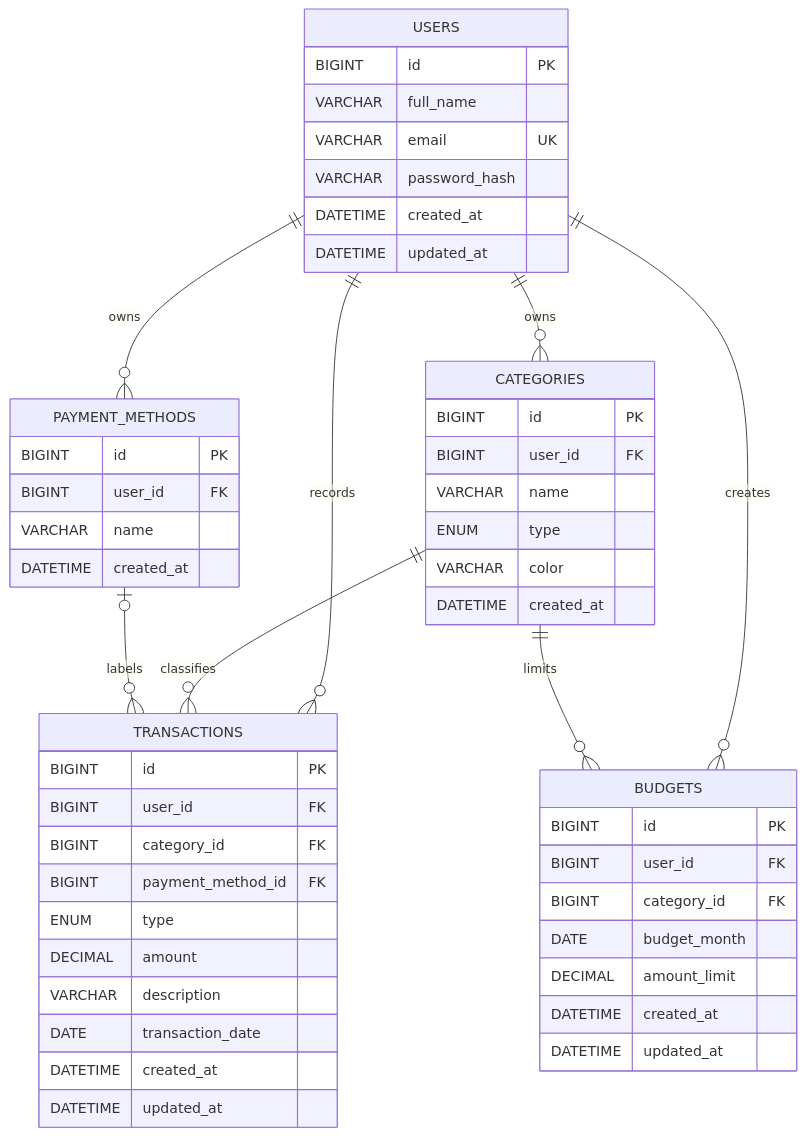
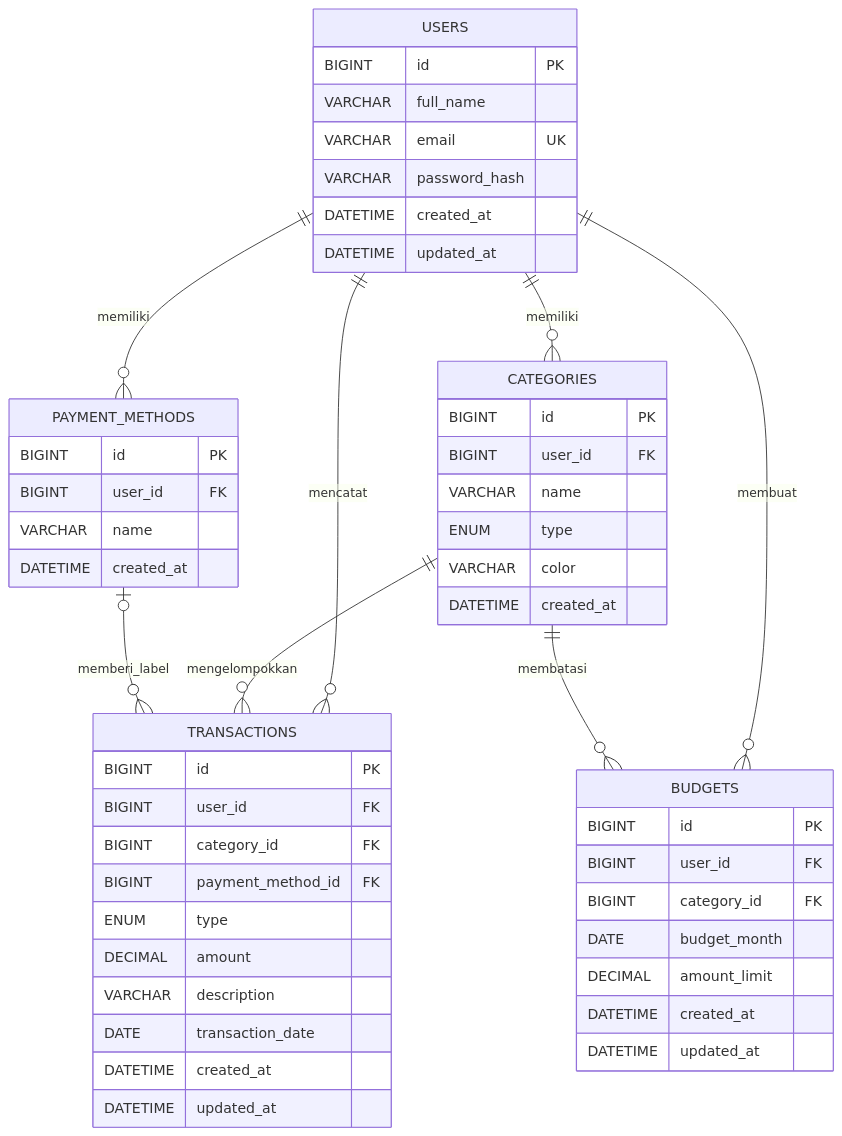
One commit to mayangzahratusita08/spendly changed the second of 2 diagrams in docs/TECHNICAL_DOCUMENTATION.md. Above: the diagram before and after it, drawn with Mermaid. The commit also changed other lines of this file and 1 other file, not shown here.

````diff
--- a/docs/TECHNICAL_DOCUMENTATION.md
+++ b/docs/TECHNICAL_DOCUMENTATION.md
@@ -248,54 +248,54 @@
 ```mermaid
 erDiagram
-    USERS ||--o{ CATEGORIES : owns
-    USERS ||--o{ PAYMENT_METHODS : owns
-    USERS ||--o{ TRANSACTIONS : records
-    USERS ||--o{ BUDGETS : creates
-    CATEGORIES ||--o{ TRANSACTIONS : classifies
-    CATEGORIES ||--o{ BUDGETS : limits
-    PAYMENT_METHODS o|--o{ TRANSACTIONS : labels
+    USERS ||--o{ CATEGORIES : memiliki
+    USERS ||--o{ PAYMENT_METHODS : memiliki
+    USERS ||--o{ TRANSACTIONS : mencatat
+    USERS ||--o{ BUDGETS : membuat
+    CATEGORIES ||--o{ TRANSACTIONS : mengelompokkan
+    CATEGORIES ||--o{ BUDGETS : membatasi
+    PAYMENT_METHODS o|--o{ TRANSACTIONS : memberi_label
 
     USERS {
         BIGINT id PK
         VARCHAR full_name
         VARCHAR email UK
         VARCHAR password_hash
         DATETIME created_at
         DATETIME updated_at
     }
     CATEGORIES {
         BIGINT id PK
         BIGINT user_id FK
         VARCHAR name
         ENUM type
         VARCHAR color
         DATETIME created_at
     }
     PAYMENT_METHODS {
         BIGINT id PK
         BIGINT user_id FK
         VARCHAR name
         DATETIME created_at
     }
     TRANSACTIONS {
         BIGINT id PK
         BIGINT user_id FK
         BIGINT category_id FK
         BIGINT payment_method_id FK
         ENUM type
         DECIMAL amount
         VARCHAR description
         DATE transaction_date
         DATETIME created_at
         DATETIME updated_at
     }
     BUDGETS {
         BIGINT id PK
         BIGINT user_id FK
         BIGINT category_id FK
         DATE budget_month
         DECIMAL amount_limit
         DATETIME created_at
         DATETIME updated_at
     }
 ```
````
